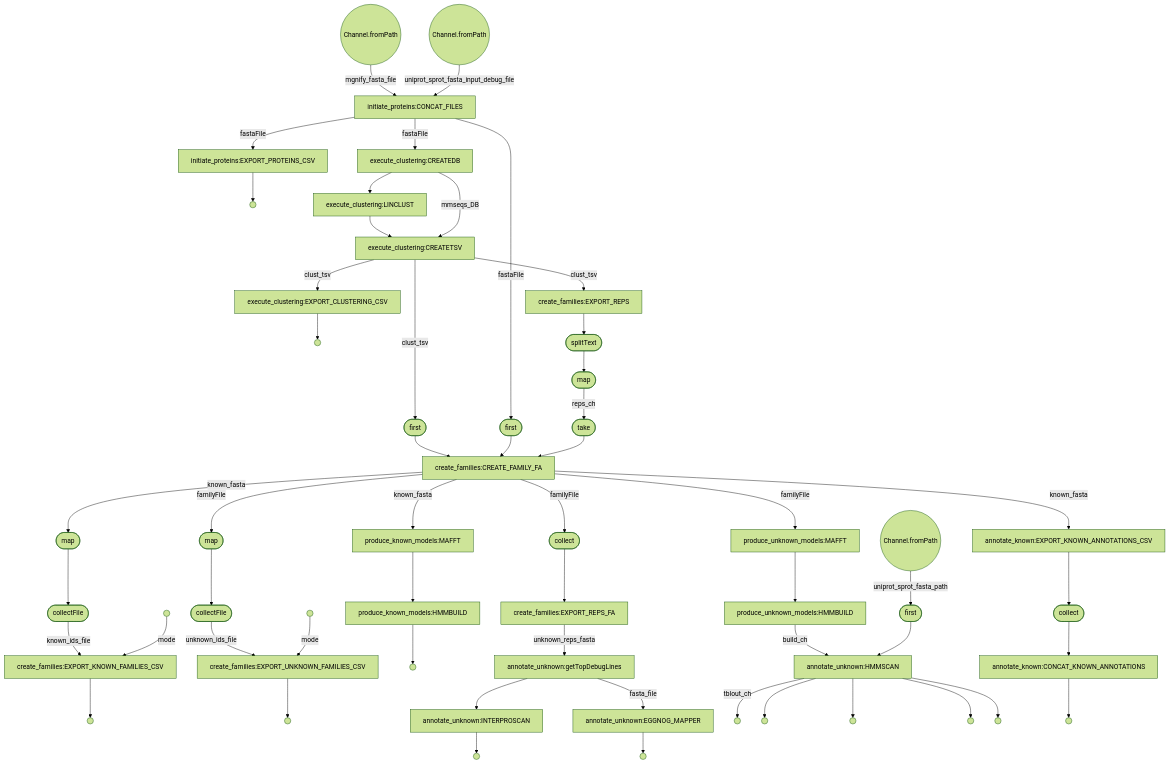
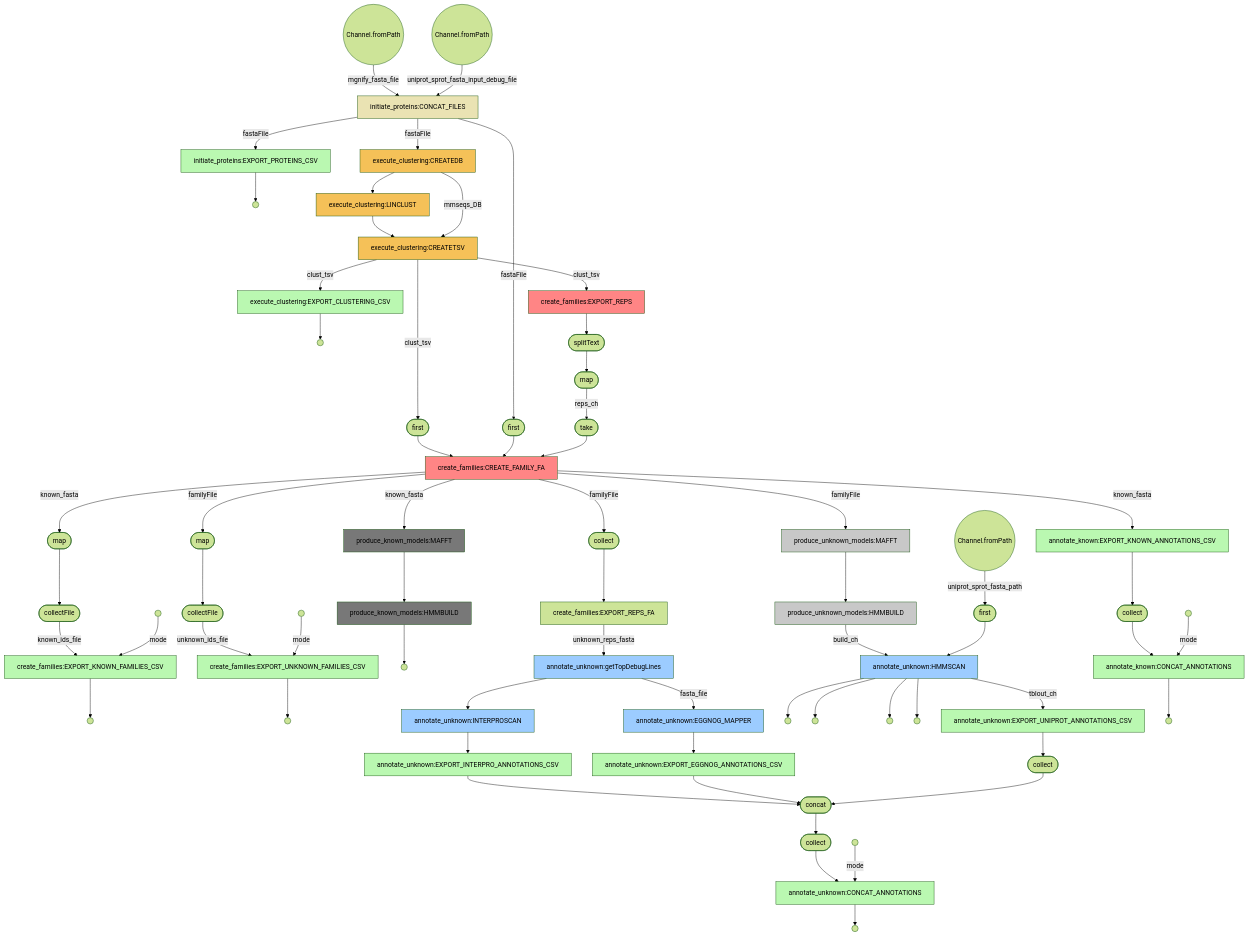
One commit to EBI-Metagenomics/mgnifams changed the diagram in flowchart_main.mmd. Above: the diagram before and after it, drawn with Mermaid (forest theme). The commit also changed 8 other files, not shown here.

Commit message:
exporting unknown fam annotations CSVs

```diff
--- a/flowchart_main.mmd
+++ b/flowchart_main.mmd
@@ -1,105 +1,145 @@
 flowchart TD
     p0((Channel.fromPath))
     p1((Channel.fromPath))
     p2[initiate_proteins:CONCAT_FILES]
+    style p2 fill:#eae3b3
     p3[initiate_proteins:EXPORT_PROTEINS_CSV]
+    style p3 fill:#baf8b1
     p4(( ))
     p5[execute_clustering:CREATEDB]
+    style p5 fill:#f5c158
     p6[execute_clustering:LINCLUST]
+    style p6 fill:#f5c158
     p7[execute_clustering:CREATETSV]
+    style p7 fill:#f5c158
     p8[execute_clustering:EXPORT_CLUSTERING_CSV]
+    style p8 fill:#baf8b1
     p9(( ))
     p10[create_families:EXPORT_REPS]
+    style p10 fill:#ff8585
     p11([splitText])
     p12([map])
     p13([first])
     p14([first])
     p15([take])
     p16[create_families:CREATE_FAMILY_FA]
+    style p16 fill:#ff8585
     p17([map])
     p18([collectFile])
     p19(( ))
     p20[create_families:EXPORT_KNOWN_FAMILIES_CSV]
+    style p20 fill:#baf8b1
     p21(( ))
     p22([collect])
     p23[create_families:EXPORT_REPS_FA]
     p24([map])
     p25([collectFile])
     p26(( ))
     p27[create_families:EXPORT_UNKNOWN_FAMILIES_CSV]
+    style p27 fill:#baf8b1
     p28(( ))
     p29[produce_unknown_models:MAFFT]
+    style p29 fill:#c8c8c8
     p30[produce_unknown_models:HMMBUILD]
+    style p30 fill:#c8c8c8
     p31[produce_known_models:MAFFT]
+    style p31 fill:#787878
     p32[produce_known_models:HMMBUILD]
+    style p32 fill:#787878
     p33(( ))
     p34((Channel.fromPath))
     p35[annotate_unknown:getTopDebugLines]
+    style p35 fill:#9cccff
     p36[annotate_unknown:INTERPROSCAN]
-    p37(( ))
-    p38[annotate_unknown:EGGNOG_MAPPER]
-    p39(( ))
-    p40([first])
-    p41[annotate_unknown:HMMSCAN]
+    style p36 fill:#9cccff
+    p37[annotate_unknown:EGGNOG_MAPPER]
+    style p37 fill:#9cccff
+    p38([first])
+    p39[annotate_unknown:HMMSCAN]
+    style p39 fill:#9cccff
+    p40(( ))
+    p41(( ))
     p42(( ))
     p43(( ))
-    p44(( ))
-    p45(( ))
-    p46(( ))
-    p47[annotate_known:EXPORT_KNOWN_ANNOTATIONS_CSV]
-    p48([collect])
-    p49[annotate_known:CONCAT_KNOWN_ANNOTATIONS]
+    p44[annotate_unknown:EXPORT_INTERPRO_ANNOTATIONS_CSV]
+    style p44 fill:#baf8b1
+    p45[annotate_unknown:EXPORT_EGGNOG_ANNOTATIONS_CSV]
+    style p45 fill:#baf8b1
+    p46[annotate_unknown:EXPORT_UNIPROT_ANNOTATIONS_CSV]
+    style p46 fill:#baf8b1
+    p47([collect])
+    p48([concat])
+    p49([collect])
     p50(( ))
+    p51[annotate_unknown:CONCAT_ANNOTATIONS]
+    style p51 fill:#baf8b1
+    p52(( ))
+    p53[annotate_known:EXPORT_KNOWN_ANNOTATIONS_CSV]
+    style p53 fill:#baf8b1
+    p54([collect])
+    p55(( ))
+    p56[annotate_known:CONCAT_ANNOTATIONS]
+    style p56 fill:#baf8b1
+    p57(( ))
     p0 -->|mgnify_fasta_file| p2
     p1 -->|uniprot_sprot_fasta_input_debug_file| p2
     p2 -->|fastaFile| p3
     p3 --> p4
     p2 -->|fastaFile| p5
     p5 --> p6
     p6 --> p7
     p5 -->|mmseqs_DB| p7
     p7 -->|clust_tsv| p8
     p8 --> p9
     p7 -->|clust_tsv| p10
     p10 --> p11
     p11 --> p12
     p12 -->|reps_ch| p15
     p7 -->|clust_tsv| p13
     p13 --> p16
     p2 -->|fastaFile| p14
     p14 --> p16
     p15 --> p16
     p16 -->|known_fasta| p17
     p16 -->|familyFile| p22
     p17 --> p18
     p18 -->|known_ids_file| p20
     p19 -->|mode| p20
     p20 --> p21
     p22 --> p23
     p23 -->|unknown_reps_fasta| p35
     p16 -->|familyFile| p24
     p24 --> p25
     p25 -->|unknown_ids_file| p27
     p26 -->|mode| p27
     p27 --> p28
     p16 -->|familyFile| p29
     p29 --> p30
-    p30 -->|build_ch| p41
+    p30 -->|build_ch| p39
     p16 -->|known_fasta| p31
     p31 --> p32
     p32 --> p33
-    p34 -->|uniprot_sprot_fasta_path| p40
+    p34 -->|uniprot_sprot_fasta_path| p38
     p35 --> p36
-    p36 --> p37
-    p35 -->|fasta_file| p38
+    p36 --> p44
+    p35 -->|fasta_file| p37
+    p37 --> p45
     p38 --> p39
-    p40 --> p41
-    p41 --> p46
-    p41 --> p45
-    p41 --> p44
-    p41 --> p43
-    p41 -->|tblout_ch| p42
-    p16 -->|known_fasta| p47
+    p39 --> p43
+    p39 --> p42
+    p39 --> p41
+    p39 --> p40
+    p39 -->|tblout_ch| p46
+    p44 --> p48
+    p45 --> p48
+    p46 --> p47
     p47 --> p48
     p48 --> p49
-    p49 --> p50
+    p49 --> p51
+    p50 -->|mode| p51
+    p51 --> p52
+    p16 -->|known_fasta| p53
+    p53 --> p54
+    p54 --> p56
+    p55 -->|mode| p56
+    p56 --> p57
```
